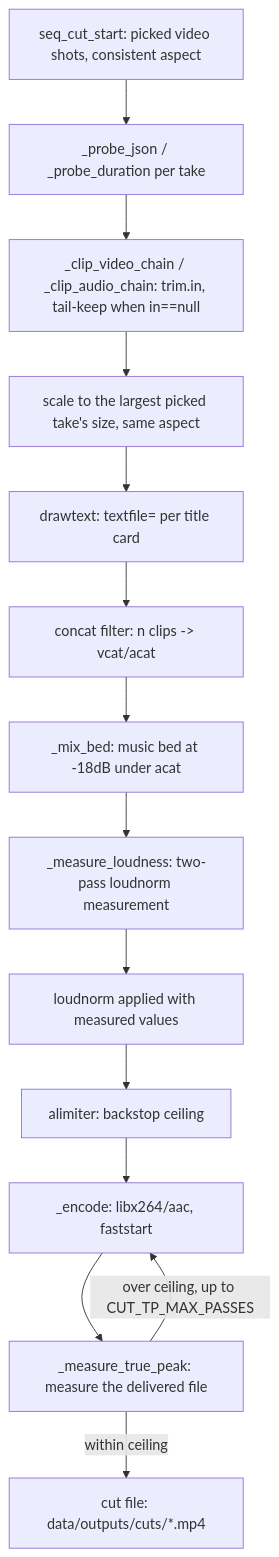
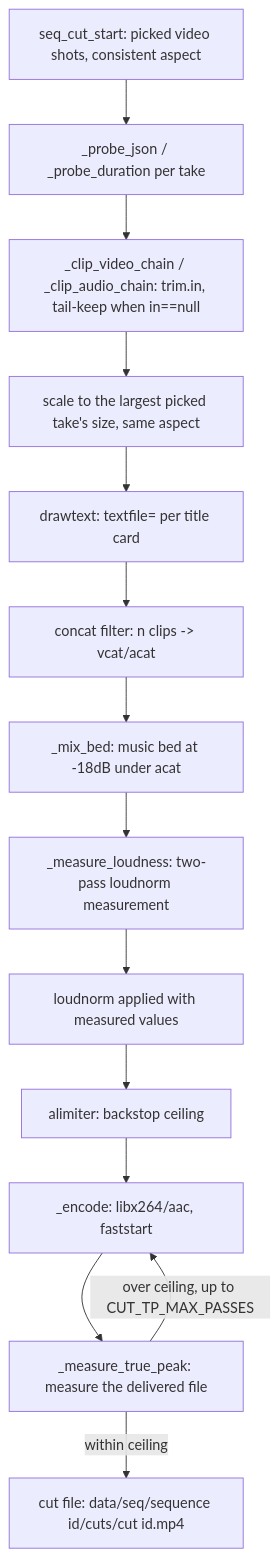
The third of 3 diagrams in docs/ARCHITECTURE.md (Platano78/black-wire-forge), drawn with Mermaid before and after one commit. The commit also changed other lines of this file, not shown here.

First line of the commit message:
ARCHITECTURE.md: a take is the job's result output, and the cut lives under data/seq

````diff
--- a/docs/ARCHITECTURE.md
+++ b/docs/ARCHITECTURE.md
@@ -246,16 +246,16 @@
 ```mermaid
 flowchart TD
     Start[seq_cut_start: picked video shots, consistent aspect] --> Probe[_probe_json / _probe_duration per take]
     Probe --> Trim[_clip_video_chain / _clip_audio_chain: trim.in, tail-keep when in==null]
     Trim --> Scale[scale to the largest picked take's size, same aspect]
     Scale --> Title[drawtext: textfile= per title card]
     Title --> Concat[concat filter: n clips -> vcat/acat]
     Concat --> Bed[_mix_bed: music bed at -18dB under acat]
     Bed --> Measure[_measure_loudness: two-pass loudnorm measurement]
     Measure --> Loudnorm[loudnorm applied with measured values]
     Loudnorm --> Limiter[alimiter: backstop ceiling]
     Limiter --> Encode[_encode: libx264/aac, faststart]
     Encode --> Peak[_measure_true_peak: measure the delivered file]
     Peak -->|over ceiling, up to CUT_TP_MAX_PASSES| Encode
-    Peak -->|within ceiling| Done[cut file: data/outputs/cuts/*.mp4]
+    Peak -->|within ceiling| Done[cut file: data/seq/sequence id/cuts/cut id.mp4]
 ```
````
